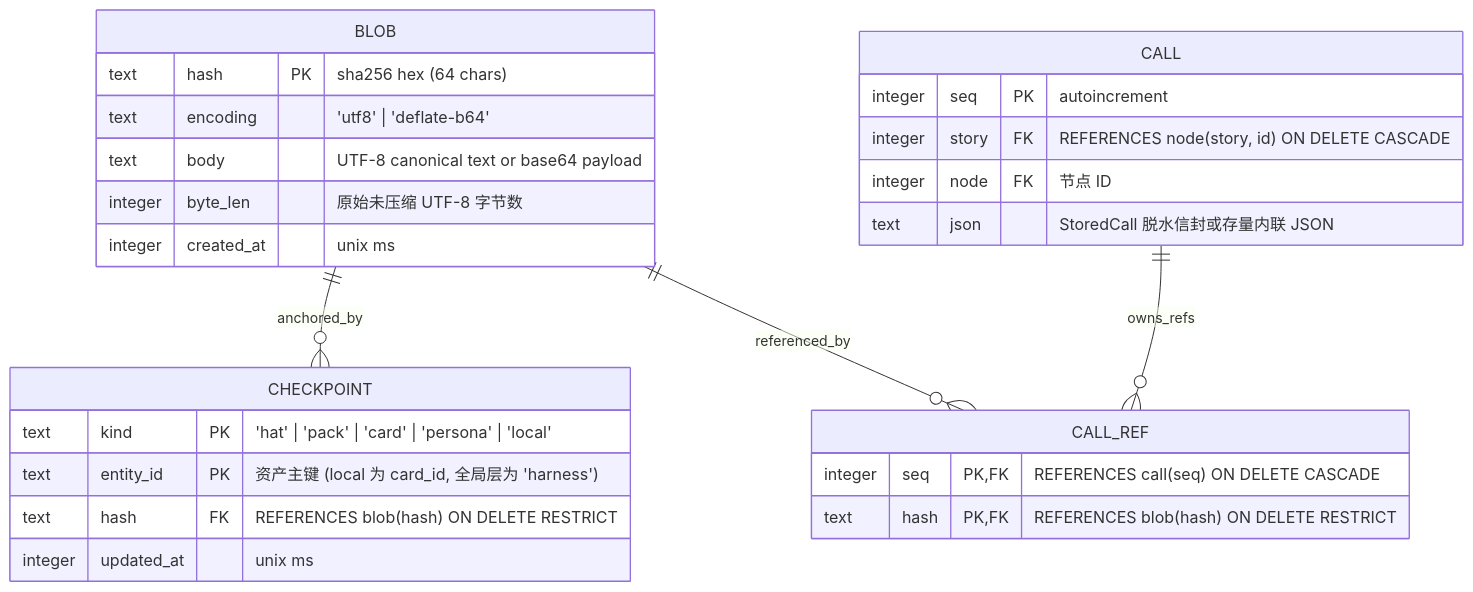
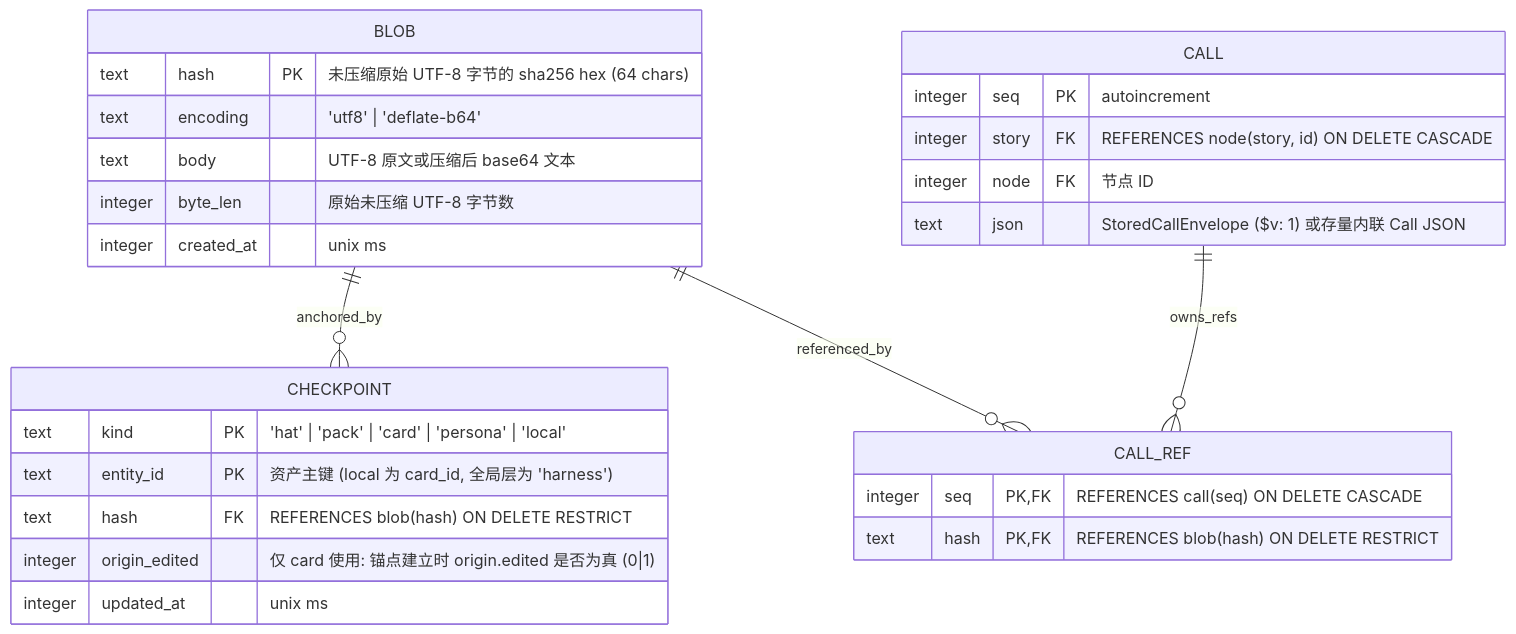
The fourth of 4 diagrams in docs/storage-brief.md (piepiaspace/effect-tavern), drawn with Mermaid before and after one commit. The commit also changed other lines of this file, not shown here.

````diff
--- a/docs/storage-brief.md
+++ b/docs/storage-brief.md
@@ -150,33 +161,34 @@
 ```mermaid
 erDiagram
   BLOB {
-    text hash PK "sha256 hex (64 chars)"
+    text hash PK "未压缩原始 UTF-8 字节的 sha256 hex (64 chars)"
     text encoding "'utf8' | 'deflate-b64'"
-    text body "UTF-8 canonical text or base64 payload"
+    text body "UTF-8 原文或压缩后 base64 文本"
     integer byte_len "原始未压缩 UTF-8 字节数"
     integer created_at "unix ms"
   }
 
   CHECKPOINT {
     text kind PK "'hat' | 'pack' | 'card' | 'persona' | 'local'"
     text entity_id PK "资产主键 (local 为 card_id, 全局层为 'harness')"
     text hash FK "REFERENCES blob(hash) ON DELETE RESTRICT"
+    integer origin_edited "仅 card 使用: 锚点建立时 origin.edited 是否为真 (0|1)"
     integer updated_at "unix ms"
   }
 
   CALL {
     integer seq PK "autoincrement"
     integer story FK "REFERENCES node(story, id) ON DELETE CASCADE"
     integer node FK "节点 ID"
-    text json "StoredCall 脱水信封或存量内联 JSON"
+    text json "StoredCallEnvelope ($v: 1) 或存量内联 Call JSON"
   }
 
   CALL_REF {
     integer seq PK,FK "REFERENCES call(seq) ON DELETE CASCADE"
     text hash PK,FK "REFERENCES blob(hash) ON DELETE RESTRICT"
   }
 
   BLOB ||--o{ CHECKPOINT : "anchored_by"
   BLOB ||--o{ CALL_REF : "referenced_by"
   CALL ||--o{ CALL_REF : "owns_refs"
 ```
````
